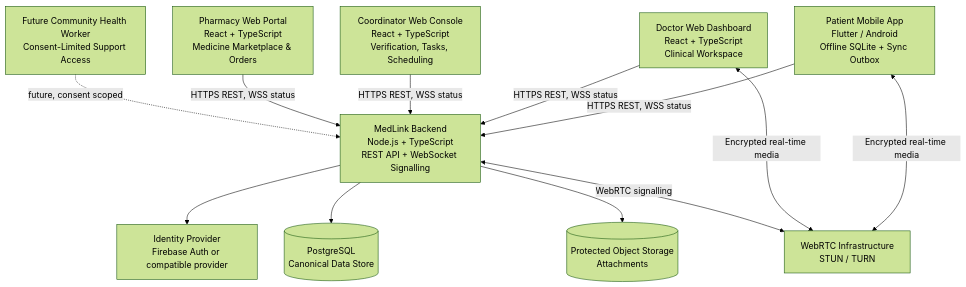
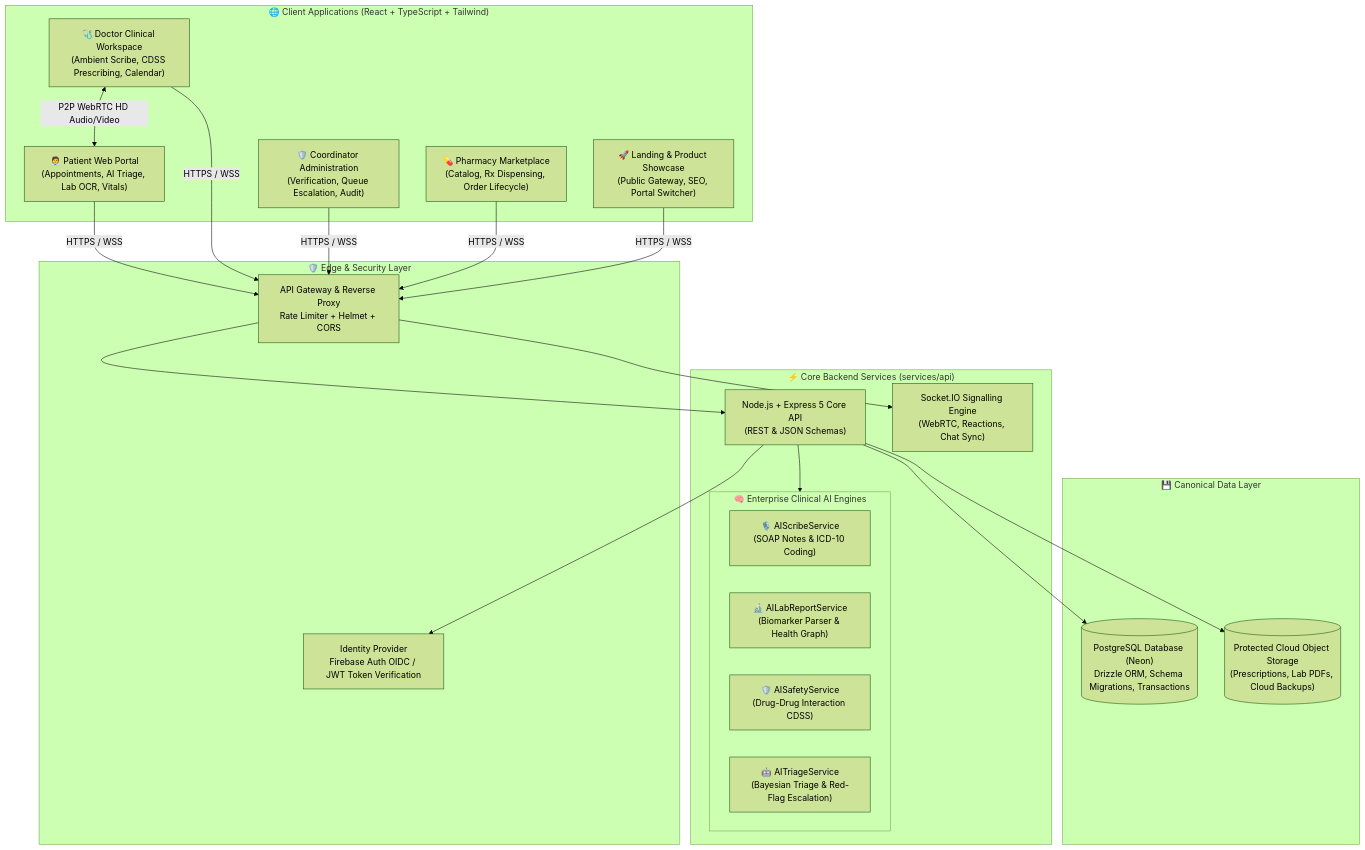
The first of 2 diagrams in README.md (abhijeetnardele24-hash/medlink), drawn with Mermaid (forest theme) before and after one commit. The commit also changed other lines of this file, not shown here.

Commit message:
docs: update production-grade README with architecture diagrams, enterprise AI suite specs, video features, and test runner guide

````diff
--- a/README.md
+++ b/README.md
@@ -50,26 +36,39 @@
 ```mermaid
 flowchart TB
-    P[Patient Mobile App<br/>Flutter / Android<br/>Offline SQLite + Sync Outbox]
-    D[Doctor Web Dashboard<br/>React + TypeScript<br/>Clinical Workspace]
-    C[Coordinator Web Console<br/>React + TypeScript<br/>Verification, Tasks, Scheduling]
-    PH[Pharmacy Web Portal<br/>React + TypeScript<br/>Medicine Marketplace & Orders]
-    F[Future Community Health Worker<br/>Consent-Limited Support Access]
+    subgraph Clients["🌐 Client Applications (React + TypeScript + Tailwind)"]
+        PA["🧑‍💼 Patient Web Portal<br/>(Appointments, AI Triage, Lab OCR, Vitals)"]
+        DW["🩺 Doctor Clinical Workspace<br/>(Ambient Scribe, CDSS Prescribing, Calendar)"]
+        CW["🛡️ Coordinator Administration<br/>(Verification, Queue Escalation, Audit)"]
+        PW["💊 Pharmacy Marketplace<br/>(Catalog, Rx Dispensing, Order Lifecycle)"]
+        LW["🚀 Landing & Product Showcase<br/>(Public Gateway, SEO, Portal Switcher)"]
+    end
 
-    API[MedLink Backend<br/>Node.js + TypeScript<br/>REST API + WebSocket Signalling]
-    AUTH[Identity Provider<br/>Firebase Auth or compatible provider]
-    DB[(PostgreSQL<br/>Canonical Data Store)]
-    STORE[(Protected Object Storage<br/>Attachments)]
-    RTC[WebRTC Infrastructure<br/>STUN / TURN]
+    subgraph Edge["🛡️ Edge & Security Layer"]
+        GW["API Gateway & Reverse Proxy<br/>Rate Limiter + Helmet + CORS"]
+        AUTH["Identity Provider<br/>Firebase Auth OIDC / JWT Token Verification"]
+    end
 
-    P -->|HTTPS REST, WSS status| API
-    D -->|HTTPS REST, WSS status| API
-    C -->|HTTPS REST, WSS status| API
-    PH -->|HTTPS REST, WSS status| API
-    F -. future, consent scoped .-> API
+    subgraph Backend["⚡ Core Backend Services (services/api)"]
+        API["Node.js + Express 5 Core API<br/>(REST & JSON Schemas)"]
+        WSS["Socket.IO Signalling Engine<br/>(WebRTC, Reactions, Chat Sync)"]
+        
+        subgraph AISuite["🧠 Enterprise Clinical AI Engines"]
+            SCRIBE["🎙️ AIScribeService<br/>(SOAP Notes & ICD-10 Coding)"]
+            LAB["🔬 AILabReportService<br/>(Biomarker Parser & Health Graph)"]
+            SAFETY["🛡️ AISafetyService<br/>(Drug-Drug Interaction CDSS)"]
+            TRIAGE["🤖 AITriageService<br/>(Bayesian Triage & Red-Flag Escalation)"]
+        end
+    end
+
+    subgraph Data["💾 Canonical Data Layer"]
+        PG[("PostgreSQL Database (Neon)<br/>Drizzle ORM, Schema Migrations, Transactions")]
+        OBJ[("Protected Cloud Object Storage<br/>(Prescriptions, Lab PDFs, Cloud Backups)")]
+    end
+
+    PA & DW & CW & PW & LW -->|HTTPS / WSS| GW
+    GW --> API & WSS
     API --> AUTH
-    API --> DB
-    API --> STORE
-    P <-->|Encrypted real-time media| RTC
-    D <-->|Encrypted real-time media| RTC
-    API <-->|WebRTC signalling| RTC
+    API --> AISuite
+    API --> PG & OBJ
+    DW <-->|P2P WebRTC HD Audio/Video| PA
 ```
````
